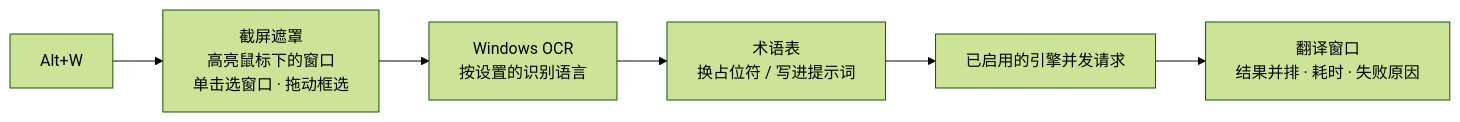
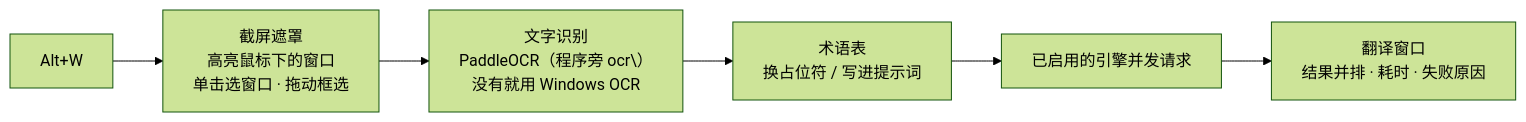
The second of 3 diagrams in README.md (ThreeBrook/Threebrook-Interpret-source), drawn with Mermaid (forest theme) before and after one commit. The commit also changed other lines of this file and 11 other files, not shown here.

First line of the commit message:
README：换成宣传图，补上钉图选字和高精度识别

````diff
--- a/README.md
+++ b/README.md
@@ -114,8 +130,8 @@
 ```mermaid
 flowchart LR
     K["Alt+W"] --> S["截屏遮罩<br/>高亮鼠标下的窗口<br/>单击选窗口 · 拖动框选"]
-    S --> O["Windows OCR<br/>按设置的识别语言"]
+    S --> O["文字识别<br/>PaddleOCR（程序旁 ocr\）<br/>没有就用 Windows OCR"]
     O --> G["术语表<br/>换占位符 / 写进提示词"]
     G --> E["已启用的引擎并发请求"]
     E --> W["翻译窗口<br/>结果并排 · 耗时 · 失败原因"]
 ```
````
